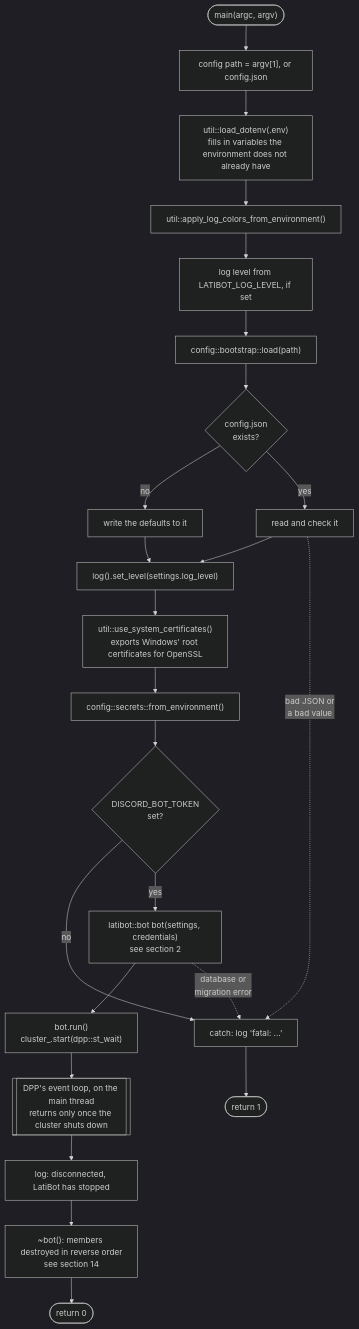
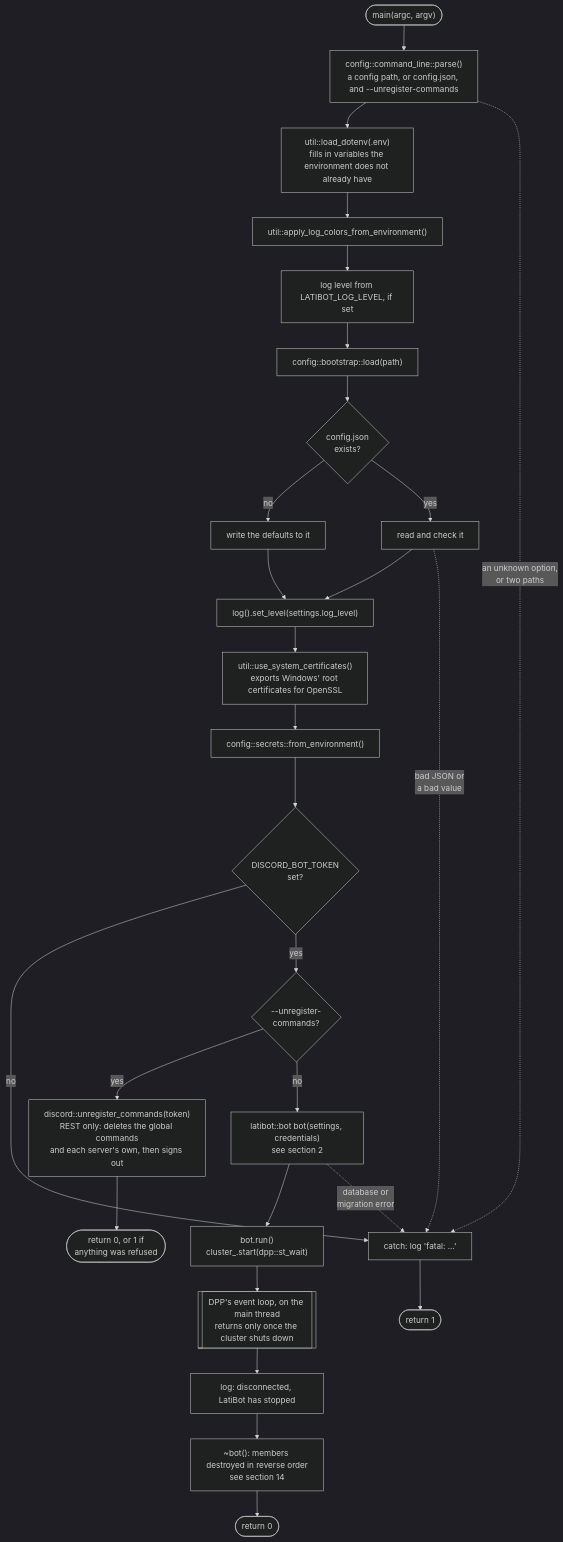
One commit to mhorn00/LatiBot-cpp changed the first of 14 diagrams in docs/architecture/Execution_Flow.md. Above: the diagram before and after it, drawn with Mermaid (dark theme). The commit also changed other lines of this file and 19 other files, not shown here.

First line of the commit message:
feat: --unregister-commands deletes the bot's slash commands and exits

````diff
--- a/docs/architecture/Execution_Flow.md
+++ b/docs/architecture/Execution_Flow.md
@@ -34,34 +34,40 @@
 ```mermaid
 flowchart TB
     start(["main(argc, argv)"])
-    path["config path = argv[1], or config.json"]
+    path["config::command_line::parse()<br/>a config path, or config.json, and --unregister-commands"]
     dotenv["util::load_dotenv(.env)<br/>fills in variables the environment does not already have"]
     colors["util::apply_log_colors_from_environment()"]
     envlevel["log level from LATIBOT_LOG_LEVEL, if set"]
     load["config::bootstrap::load(path)"]
     exists{"config.json<br/>exists?"}
     write["write the defaults to it"]
     read["read and check it"]
     level["log().set_level(settings.log_level)"]
     certs["util::use_system_certificates()<br/>exports Windows' root certificates for OpenSSL"]
     secrets["config::secrets::from_environment()"]
     token{"DISCORD_BOT_TOKEN<br/>set?"}
+    unregister{"--unregister-<br/>commands?"}
+    delete["discord::unregister_commands(token)<br/>REST only: deletes the global commands<br/>and each server's own, then signs out"]
+    deleted(["return 0, or 1 if<br/>anything was refused"])
     build["latibot::bot bot(settings, credentials)<br/>see section 2"]
     run["bot.run()<br/>cluster_.start(dpp::st_wait)"]
     dpp[["DPP's event loop, on the main thread<br/>returns only once the cluster shuts down"]]
     stopped["log: disconnected, LatiBot has stopped"]
     destroy["~bot(): members destroyed in reverse order<br/>see section 14"]
     ok(["return 0"])
     fatal["catch: log 'fatal: ...'"]
     fail(["return 1"])
 
     start --> path --> dotenv --> colors --> envlevel --> load --> exists
     exists -- no --> write --> level
     exists -- yes --> read --> level
     level --> certs --> secrets --> token
     token -- no --> fatal
-    token -- yes --> build --> run --> dpp --> stopped --> destroy --> ok
+    token -- yes --> unregister
+    unregister -- yes --> delete --> deleted
+    unregister -- no --> build --> run --> dpp --> stopped --> destroy --> ok
+    path -. "an unknown option,<br/>or two paths" .-> fatal
     read -. "bad JSON or<br/>a bad value" .-> fatal
     build -. "database or<br/>migration error" .-> fatal
     fatal --> fail
 ```
````
